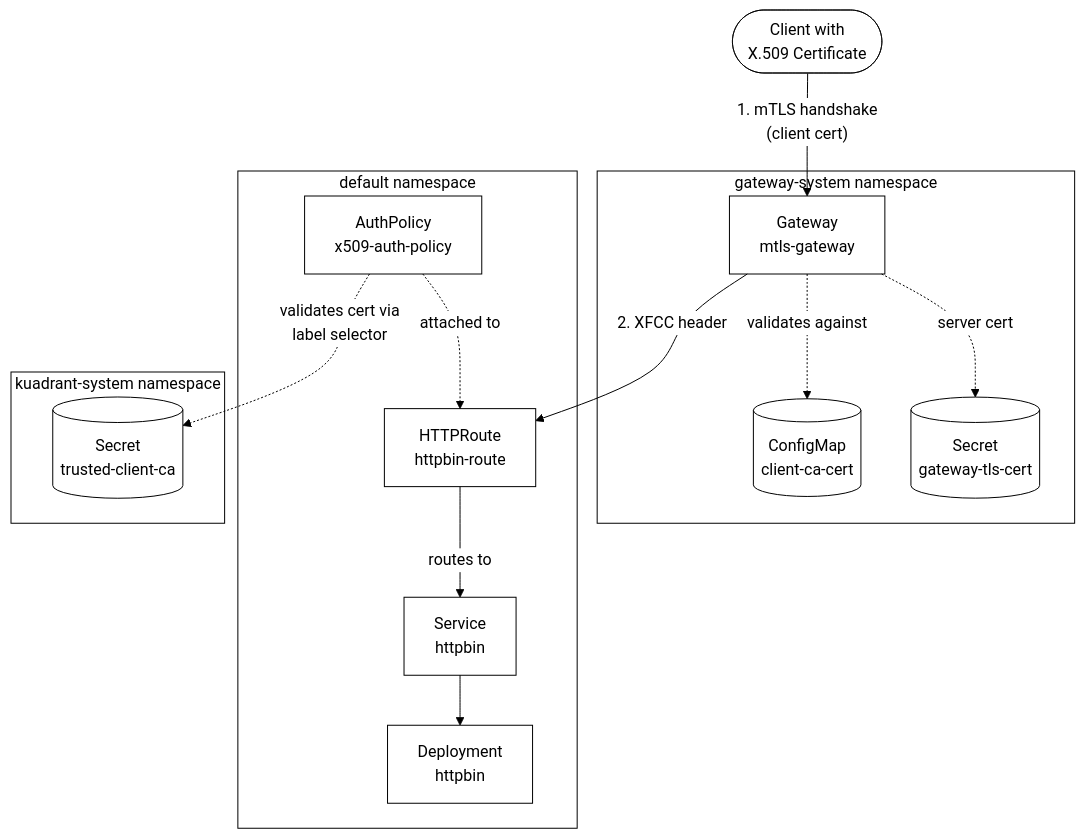
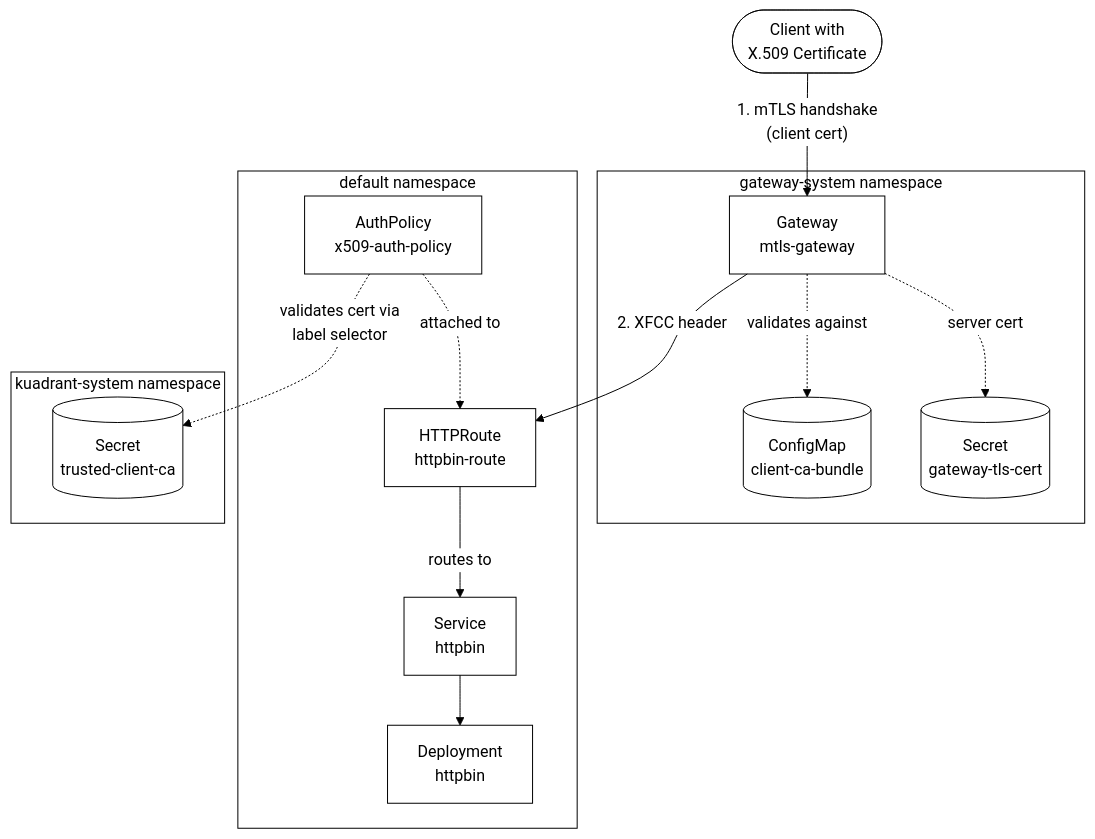
One commit to eguzki/kuadrant-operator changed the diagram in doc/user-guides/auth/x509-tier1-gateway-api-validation.md. Above: the diagram before and after it, drawn with Mermaid. The commit also changed other lines of this file and 2 other files, not shown here.

Commit message:
fix several issues in the x509 user guides: CA cert volume mounting, curl examples and troubleshooting steps

````diff
--- a/doc/user-guides/auth/x509-tier1-gateway-api-validation.md
+++ b/doc/user-guides/auth/x509-tier1-gateway-api-validation.md
@@ -440,41 +440,41 @@
 ```mermaid
 %%{init: {'theme':'base', 'themeVariables': { 'primaryColor':'#fff','primaryTextColor':'#000','primaryBorderColor':'#000','lineColor':'#000','secondaryColor':'#fff','tertiaryColor':'#fff','clusterBkg':'#fff','clusterBorder':'#000','edgeLabelBackground':'#fff'}}}%%
 graph TB
     Client([Client with<br/>X.509 Certificate])
 
     subgraph "gateway-system namespace"
         GW[Gateway<br/>mtls-gateway]
-        CACM[(ConfigMap<br/>client-ca-cert)]
+        CACM[(ConfigMap<br/>client-ca-bundle)]
         TLSCERT[(Secret<br/>gateway-tls-cert)]
     end
 
     subgraph "default namespace"
         HR[HTTPRoute<br/>httpbin-route]
         AP[AuthPolicy<br/>x509-auth-policy]
         SVC[Service<br/>httpbin]
         POD[Deployment<br/>httpbin]
     end
 
     subgraph "kuadrant-system namespace"
         CASEC[(Secret<br/>trusted-client-ca)]
     end
 
     Client -->|"1. mTLS handshake<br/>(client cert)"| GW
     GW -.->|validates against| CACM
     GW -.->|server cert| TLSCERT
     GW -->|"2. XFCC header"| HR
     HR -->|routes to| SVC
     SVC --> POD
     AP -.->|attached to| HR
     AP -.->|validates cert via<br/>label selector| CASEC
 
     style GW fill:none,stroke:#000,color:#000
     style HR fill:none,stroke:#000,color:#000
     style AP fill:none,stroke:#000,color:#000
     style CACM fill:none,stroke:#000,color:#000
     style CASEC fill:none,stroke:#000,color:#000
     style TLSCERT fill:none,stroke:#000,color:#000
     style SVC fill:none,stroke:#000,color:#000
     style POD fill:none,stroke:#000,color:#000
     style Client fill:none,stroke:#000,color:#000
 ```
````
